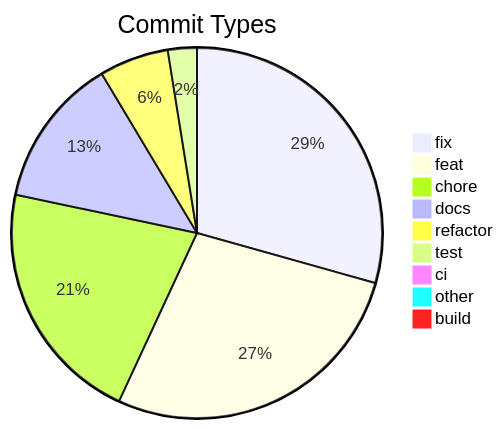
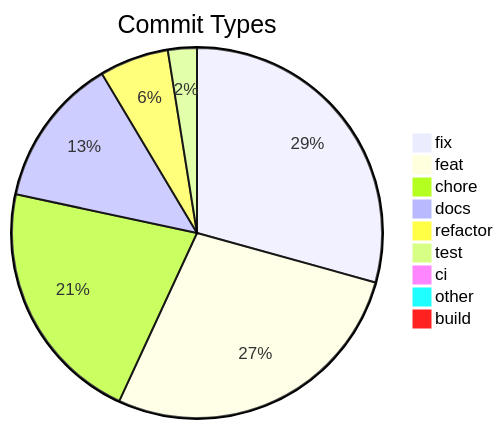
One commit to svenroth-ai/shipwright changed the diagram in .shipwright/compliance/change-history.md. Above: the diagram before and after it, drawn with Mermaid. The commit also changed other lines of this file and 41 other files, not shown here.

````diff
--- a/.shipwright/compliance/change-history.md
+++ b/.shipwright/compliance/change-history.md
@@ -8,12 +8,12 @@
 ```mermaid
 pie title Commit Types
     "fix" : 325
-    "feat" : 305
-    "chore" : 237
+    "feat" : 306
+    "chore" : 238
     "docs" : 145
     "refactor" : 67
     "test" : 28
     "ci" : 11
     "other" : 7
     "build" : 1
 ```
````
